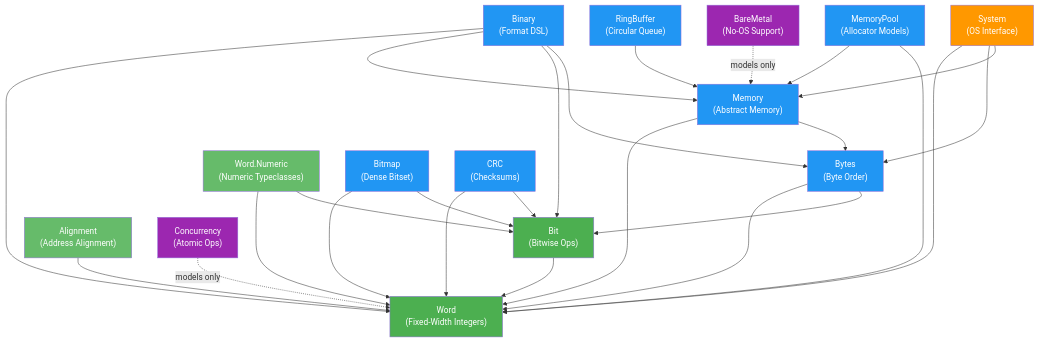
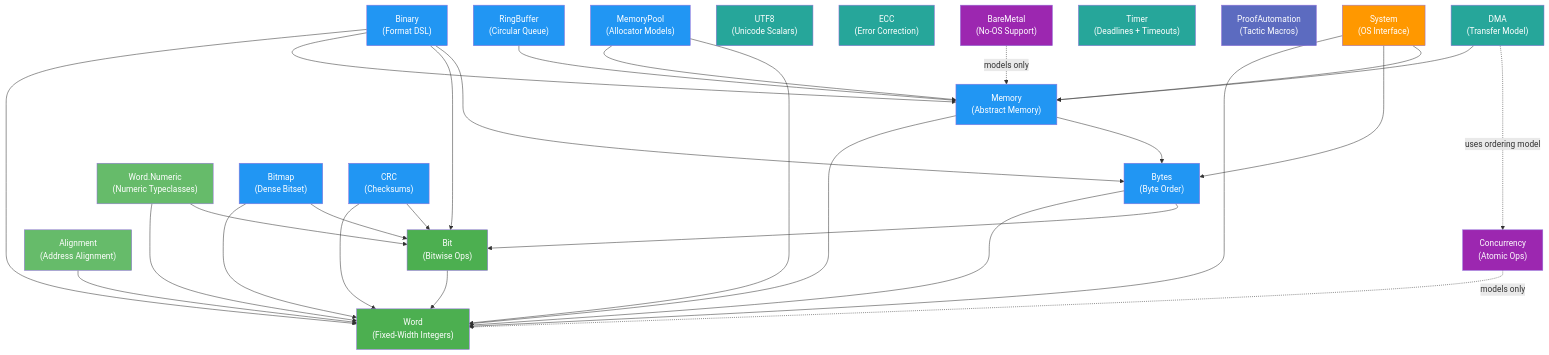
Before and after one commit to Provenance-Works/Radix: the third of 3 diagrams in docs/en/architecture/README.md, drawn with Mermaid. The commit also changed other lines of this file and 8 other files, not shown here.

````diff
--- a/docs/en/architecture/README.md
+++ b/docs/en/architecture/README.md
@@ -78,41 +83,52 @@
 ```mermaid
 graph TD
     Bit["Bit<br/>(Bitwise Ops)"] --> Word["Word<br/>(Fixed-Width Integers)"]
     Bytes["Bytes<br/>(Byte Order)"] --> Word
     Bytes --> Bit
     Numeric["Word.Numeric<br/>(Numeric Typeclasses)"] --> Word
     Numeric --> Bit
     Memory["Memory<br/>(Abstract Memory)"] --> Word
     Memory --> Bytes
     Binary["Binary<br/>(Format DSL)"] --> Word
     Binary --> Memory
     Binary --> Bit
     Binary --> Bytes
     Alignment["Alignment<br/>(Address Alignment)"] --> Word
     RingBuffer["RingBuffer<br/>(Circular Queue)"] --> Memory
     Bitmap["Bitmap<br/>(Dense Bitset)"] --> Word
     Bitmap --> Bit
     CRC["CRC<br/>(Checksums)"] --> Word
     CRC --> Bit
     MemoryPool["MemoryPool<br/>(Allocator Models)"] --> Memory
     MemoryPool --> Word
+    UTF8["UTF8<br/>(Unicode Scalars)"]
+    ECC["ECC<br/>(Error Correction)"]
+    DMA["DMA<br/>(Transfer Model)"] --> Memory
+    DMA -.->|"uses ordering model"| Concurrency
+    Timer["Timer<br/>(Deadlines + Timeouts)"]
+    ProofAutomation["ProofAutomation<br/>(Tactic Macros)"]
     System["System<br/>(OS Interface)"] --> Word
     System --> Bytes
     System --> Memory
     Concurrency["Concurrency<br/>(Atomic Ops)"] -.->|"models only"| Word
     BareMetal["BareMetal<br/>(No-OS Support)"] -.->|"models only"| Memory
     style Word fill:#4CAF50,color:white
     style Bit fill:#4CAF50,color:white
     style Bytes fill:#2196F3,color:white
     style Memory fill:#2196F3,color:white
     style Binary fill:#2196F3,color:white
     style Numeric fill:#66BB6A,color:white
     style Alignment fill:#66BB6A,color:white
     style RingBuffer fill:#2196F3,color:white
     style Bitmap fill:#2196F3,color:white
     style CRC fill:#2196F3,color:white
     style MemoryPool fill:#2196F3,color:white
+    style UTF8 fill:#26A69A,color:white
+    style ECC fill:#26A69A,color:white
+    style DMA fill:#26A69A,color:white
+    style Timer fill:#26A69A,color:white
+    style ProofAutomation fill:#5C6BC0,color:white
     style System fill:#FF9800,color:white
     style Concurrency fill:#9C27B0,color:white
     style BareMetal fill:#9C27B0,color:white
 ```
````
